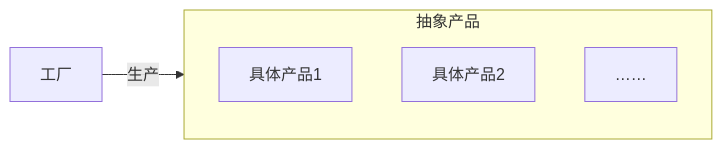
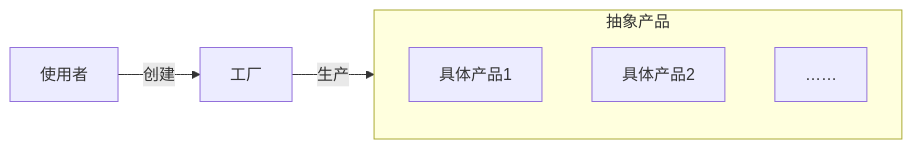
Before and after one commit to poppop9/obsidian: the diagram in 计算机/设计模式/创建型模式/未命名.md, drawn with Mermaid. The commit also changed other lines of this file and 2 other files, not shown here.

````diff
--- a/计算机/设计模式/创建型模式/未命名.md
+++ b/计算机/设计模式/创建型模式/未命名.md
@@ -12,10 +11,11 @@
 ```mermaid
 graph LR
 	subgraph 抽象产品
 	    b[具体产品1]
 	    c[具体产品2]
 	    d[……]
     end
-    
+
+	e[使用者]--创建-->a
 	a[工厂]--生产-->抽象产品
 ```
````
